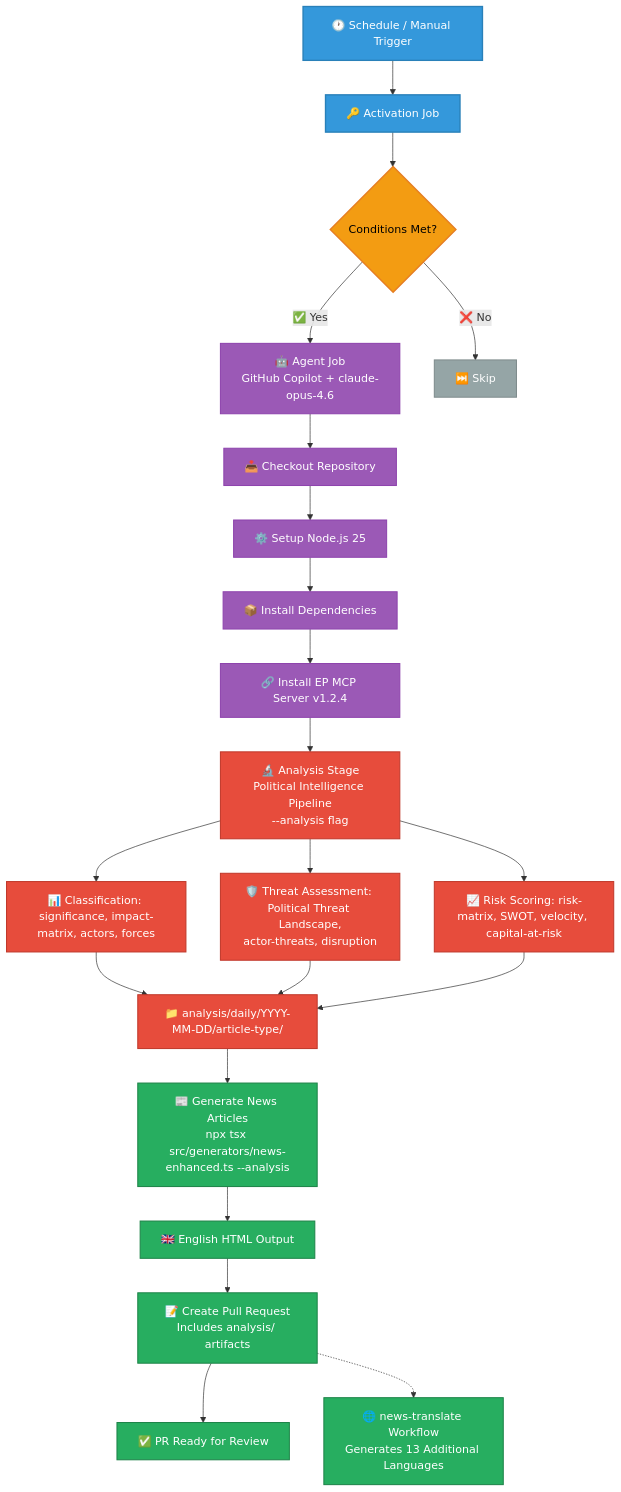
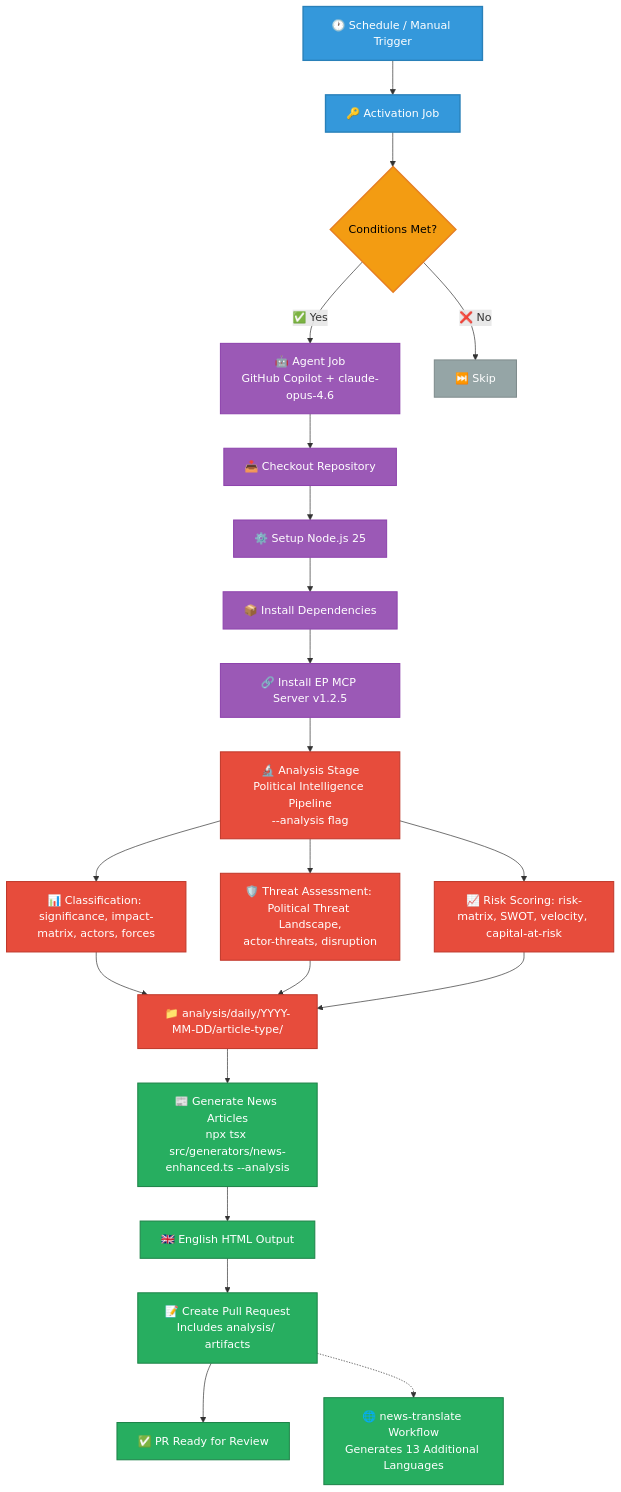
Before and after one commit to Hack23/euparliamentmonitor: the third of 21 diagrams in WORKFLOWS.md, drawn with Mermaid. The commit also changed other lines of this file and 35 other files, not shown here.

First line of the commit message:
chore: update all references from european-parliament-mcp-server 1.2.4 to 1.2.5

````diff
--- a/WORKFLOWS.md
+++ b/WORKFLOWS.md
@@ -246,37 +246,37 @@
 ```mermaid
 graph TD
     A[🕐 Schedule / Manual Trigger] --> B[🔑 Activation Job]
     B --> C{Conditions Met?}
     C -->|✅ Yes| D[🤖 Agent Job<br/>GitHub Copilot + claude-opus-4.6]
     C -->|❌ No| E[⏭️ Skip]
     D --> F[📥 Checkout Repository]
     F --> G[⚙️ Setup Node.js 25]
     G --> H[📦 Install Dependencies]
-    H --> I[🔗 Install EP MCP Server v1.2.4]
+    H --> I[🔗 Install EP MCP Server v1.2.5]
     I --> J1[🔬 Analysis Stage<br/>Political Intelligence Pipeline<br/>--analysis flag]
     J1 --> J1a[📊 Classification: significance, impact-matrix, actors, forces]
     J1 --> J1b[🛡️ Threat Assessment: Political Threat Landscape,<br/>actor-threats, disruption]
     J1 --> J1c[📈 Risk Scoring: risk-matrix, SWOT, velocity, capital-at-risk]
     J1a --> J1d["📁 analysis/daily/YYYY-MM-DD/article-type/"]
     J1b --> J1d
     J1c --> J1d
     J1d --> J[📰 Generate News Articles<br/>npx tsx src/generators/news-enhanced.ts --analysis]
     J --> K[🇬🇧 English HTML Output]
     K --> L[📝 Create Pull Request<br/>Includes analysis/ artifacts]
     L --> M[✅ PR Ready for Review]
     L -.-> N[🌐 news-translate Workflow<br/>Generates 13 Additional Languages]
 
     classDef trigger fill:#3498db,stroke:#2980b9,stroke-width:2px,color:white
     classDef process fill:#9b59b6,stroke:#8e44ad,stroke-width:1.5px,color:white
     classDef decision fill:#f39c12,stroke:#e67e22,stroke-width:2px,color:black
     classDef skip fill:#95a5a6,stroke:#7f8c8d,stroke-width:1.5px,color:white
     classDef analysis fill:#e74c3c,stroke:#c0392b,stroke-width:1.5px,color:white
     classDef output fill:#27ae60,stroke:#1e8449,stroke-width:1.5px,color:white
 
     class A,B trigger
     class D,F,G,H,I process
     class C decision
     class E skip
     class J1,J1a,J1b,J1c,J1d analysis
     class J,K,L,M,N output
 ```
````
